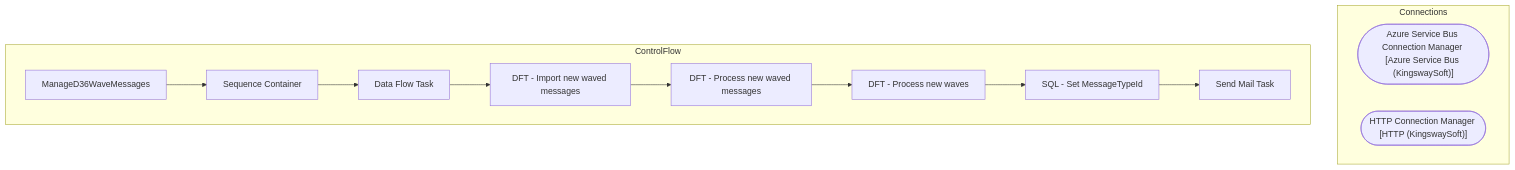
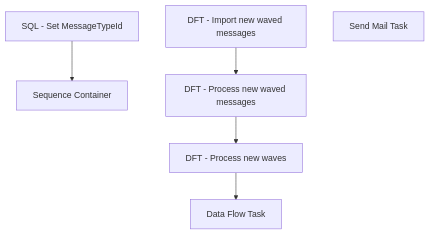
One commit to juanandresbrain/BABSkills changed the diagram in bab-docs-explorer/Documentation/STL-SSIS-P-01/SSIS/SSIS/WebOrderProcessing.ManageD36WaveMessages.md. Above: the diagram before and after it, drawn with Mermaid. The commit also changed other lines of this file and 273 other files, not shown here.

````diff
--- a/bab-docs-explorer/Documentation/STL-SSIS-P-01/SSIS/SSIS/WebOrderProcessing.ManageD36WaveMessages.md
+++ b/bab-docs-explorer/Documentation/STL-SSIS-P-01/SSIS/SSIS/WebOrderProcessing.ManageD36WaveMessages.md
@@ -9,24 +41,14 @@
 ```mermaid
 flowchart TD
-    subgraph Connections
-        Azure_Service_Bus_Connection_Manager_conn(["Azure Service Bus Connection Manager [Azure Service Bus (KingswaySoft)]"])
-        HTTP_Connection_Manager_conn(["HTTP Connection Manager [HTTP (KingswaySoft)]"])
-    end
-    subgraph ControlFlow
-        ManageD36WaveMessages_task["ManageD36WaveMessages"]
-        Sequence_Container_task["Sequence Container"]
-        ManageD36WaveMessages_task --> Sequence_Container_task
-        Data_Flow_Task_task["Data Flow Task"]
-        Sequence_Container_task --> Data_Flow_Task_task
-        DFT___Import_new_waved_messages_task["DFT - Import new waved messages"]
-        Data_Flow_Task_task --> DFT___Import_new_waved_messages_task
-        DFT___Process_new_waved_messages_task["DFT - Process new waved messages"]
-        DFT___Import_new_waved_messages_task --> DFT___Process_new_waved_messages_task
-        DFT___Process_new_waves_task["DFT - Process new waves"]
-        DFT___Process_new_waved_messages_task --> DFT___Process_new_waves_task
-        SQL___Set_MessageTypeId_task["SQL - Set MessageTypeId"]
-        DFT___Process_new_waves_task --> SQL___Set_MessageTypeId_task
-        Send_Mail_Task_task["Send Mail Task"]
-        SQL___Set_MessageTypeId_task --> Send_Mail_Task_task
-    end
+    n_Package_Sequence_Container["Sequence Container"]
+    n_Package_Sequence_Container_Data_Flow_Task["Data Flow Task"]
+    n_Package_Sequence_Container_DFT___Import_new_waved_messages["DFT - Import new waved messages"]
+    n_Package_Sequence_Container_DFT___Process_new_waved_messages["DFT - Process new waved messages"]
+    n_Package_Sequence_Container_DFT___Process_new_waves["DFT - Process new waves"]
+    n_Package_SQL___Set_MessageTypeId["SQL - Set MessageTypeId"]
+    n_Package_EventHandlers_OnError__Send_Mail_Task["Send Mail Task"]
+    n_Package_Sequence_Container_DFT___Process_new_waved_messages --> n_Package_Sequence_Container_DFT___Process_new_waves
+    n_Package_Sequence_Container_DFT___Process_new_waves --> n_Package_Sequence_Container_Data_Flow_Task
+    n_Package_Sequence_Container_DFT___Import_new_waved_messages --> n_Package_Sequence_Container_DFT___Process_new_waved_messages
+    n_Package_SQL___Set_MessageTypeId --> n_Package_Sequence_Container
 ```
````
